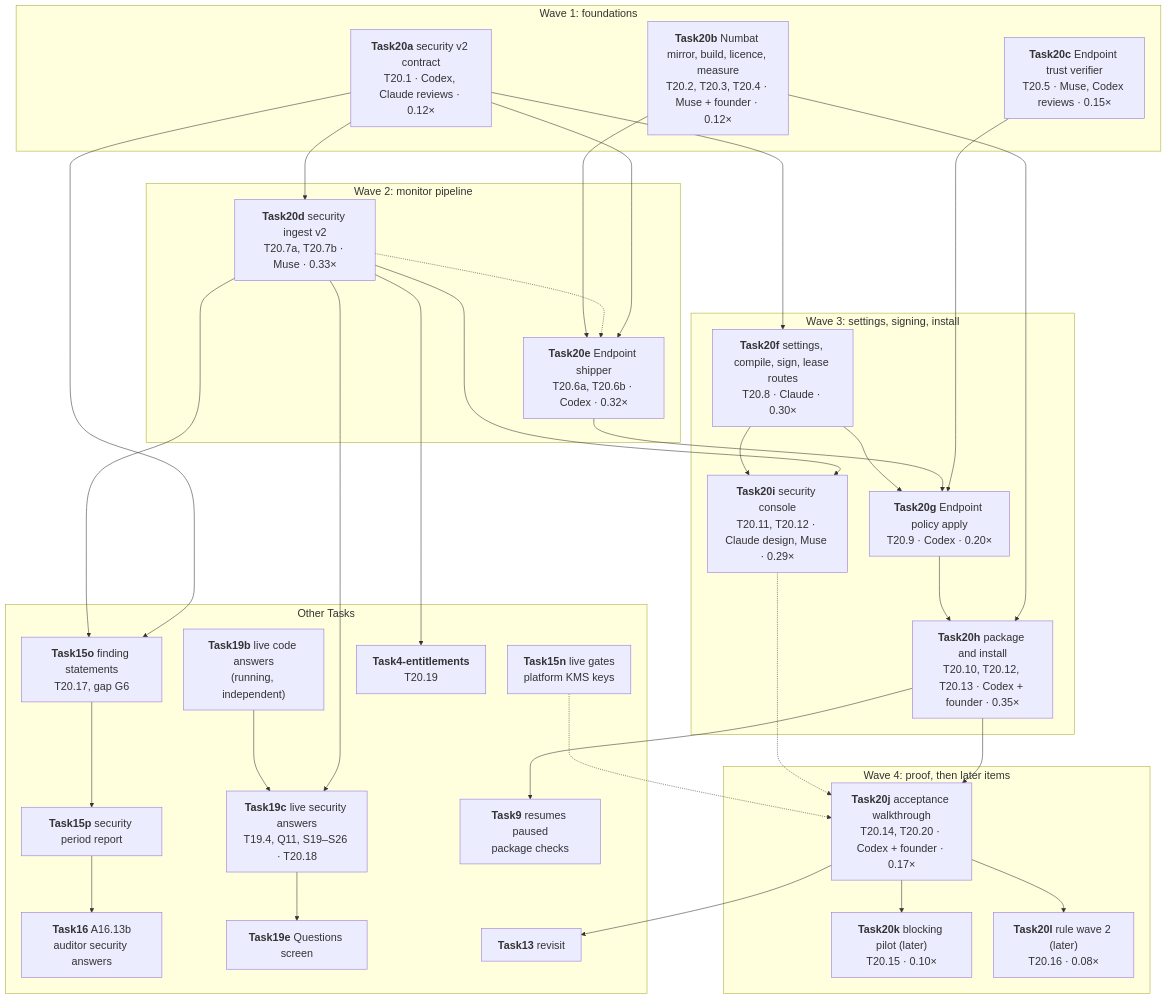
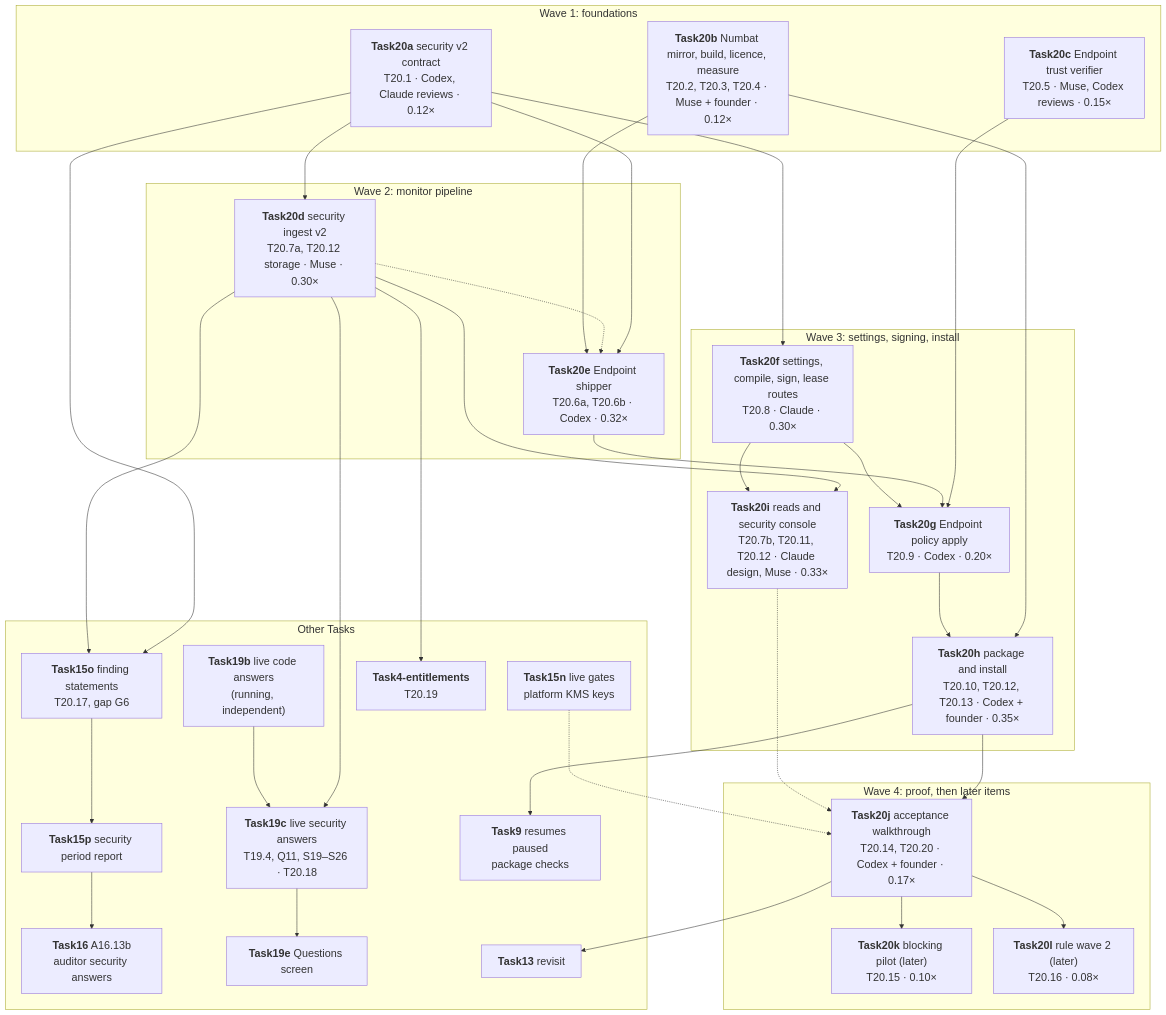
The diagram in docs/plan/TASK20.md (mahamannu-ux/TrackAI-V1), drawn with Mermaid before and after one commit. The commit also changed other lines of this file and 4 other files, not shown here.

Commit message:
Task20-prompts: Task20b, Task20c and Task20d session prompts; Task20d takes status and inventory storage, reads move to Task20i

````diff
--- a/docs/plan/TASK20.md
+++ b/docs/plan/TASK20.md
@@ -162,60 +162,60 @@
 ```mermaid
 %%{init: {"flowchart": {"nodeSpacing": 40, "rankSpacing": 60}, "themeVariables": {"fontSize": "20px"}}}%%
 flowchart TB
   subgraph W1["Wave 1: foundations"]
     A["<b>Task20a</b> security v2 contract<br/>T20.1 · Codex, Claude reviews · 0.12×"]
     B["<b>Task20b</b> Numbat mirror, build, licence, measure<br/>T20.2, T20.3, T20.4 · Muse + founder · 0.12×"]
     C["<b>Task20c</b> Endpoint trust verifier<br/>T20.5 · Muse, Codex reviews · 0.15×"]
   end
   subgraph W2["Wave 2: monitor pipeline"]
-    D["<b>Task20d</b> security ingest v2<br/>T20.7a, T20.7b · Muse · 0.33×"]
+    D["<b>Task20d</b> security ingest v2<br/>T20.7a, T20.12 storage · Muse · 0.30×"]
     E["<b>Task20e</b> Endpoint shipper<br/>T20.6a, T20.6b · Codex · 0.32×"]
   end
   subgraph W3["Wave 3: settings, signing, install"]
     F["<b>Task20f</b> settings, compile, sign, lease routes<br/>T20.8 · Claude · 0.30×"]
     G["<b>Task20g</b> Endpoint policy apply<br/>T20.9 · Codex · 0.20×"]
     H["<b>Task20h</b> package and install<br/>T20.10, T20.12, T20.13 · Codex + founder · 0.35×"]
-    I["<b>Task20i</b> security console<br/>T20.11, T20.12 · Claude design, Muse · 0.29×"]
+    I["<b>Task20i</b> reads and security console<br/>T20.7b, T20.11, T20.12 · Claude design, Muse · 0.33×"]
   end
   subgraph W4["Wave 4: proof, then later items"]
     J["<b>Task20j</b> acceptance walkthrough<br/>T20.14, T20.20 · Codex + founder · 0.17×"]
     K["<b>Task20k</b> blocking pilot (later)<br/>T20.15 · 0.10×"]
     L["<b>Task20l</b> rule wave 2 (later)<br/>T20.16 · 0.08×"]
   end
   subgraph OT["Other Tasks"]
     N["<b>Task15n</b> live gates<br/>platform KMS keys"]
     O["<b>Task15o</b> finding statements<br/>T20.17, gap G6"]
     P["<b>Task15p</b> security period report"]
     Q16["<b>Task16</b> A16.13b<br/>auditor security answers"]
     S19b["<b>Task19b</b> live code answers<br/>(running, independent)"]
     S19c["<b>Task19c</b> live security answers<br/>T19.4, Q11, S19–S26 · T20.18"]
     S19e["<b>Task19e</b> Questions screen"]
     ENT["<b>Task4-entitlements</b><br/>T20.19"]
     T9["<b>Task9</b> resumes paused<br/>package checks"]
     T13["<b>Task13</b> revisit"]
   end
   A --> D
   A --> E
   A --> F
   A --> O
   D -.-> E
   B --> E
   D --> I
   C --> G
   E --> G
   F --> G
   F --> I
   B --> H
   G --> H
   H --> J
   I -.-> J
   N -.-> J
   J --> K
   J --> L
   J --> T13
   H --> T9
   D --> O --> P --> Q16
   D --> S19c
   S19b --> S19c --> S19e
   D --> ENT
 ```
````
